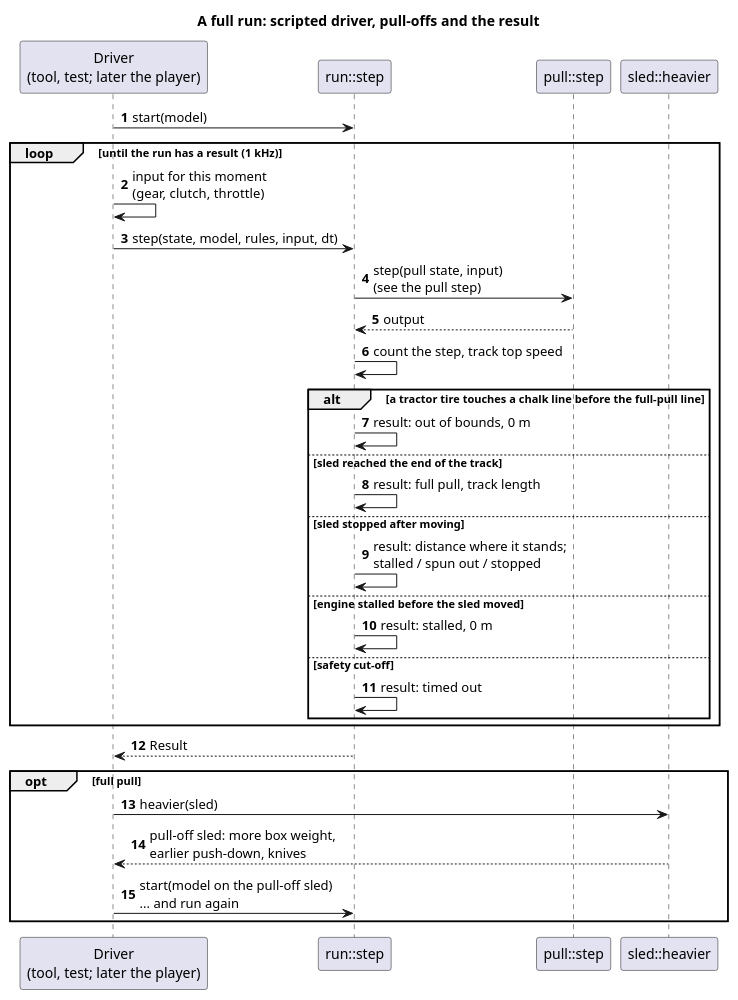
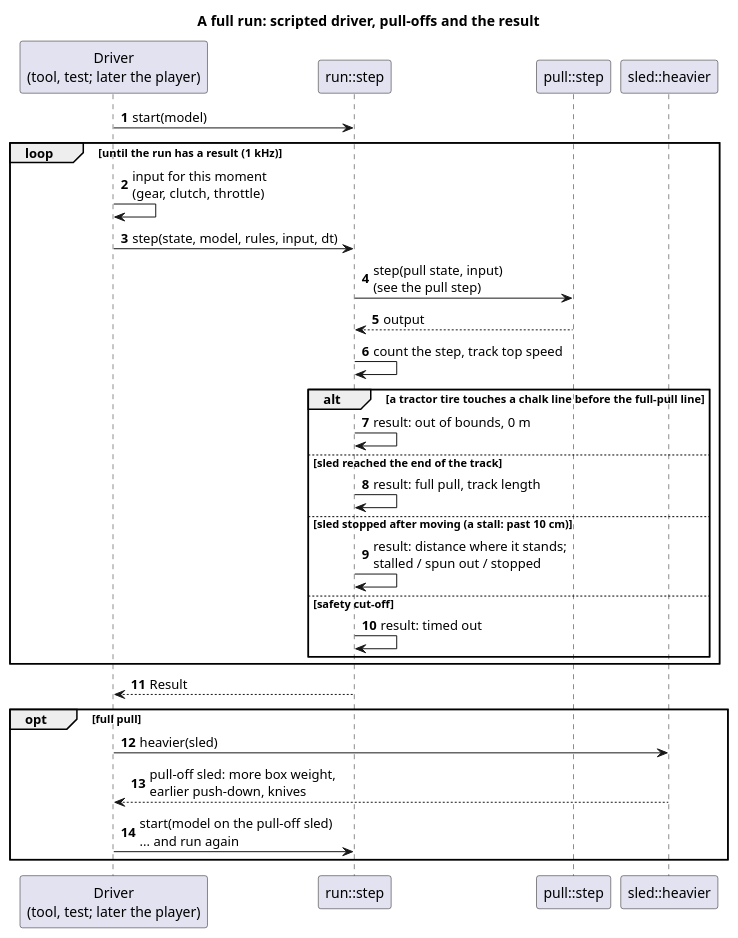
One commit to wversteeg/TractorPulling changed the diagram in docs/diagrams/full_run_sequence.puml. Above: the diagram before and after it, drawn with PlantUML. The commit also changed 10 other files, not shown here.

First line of the commit message:
A stall before the sled moves 10 cm is no stop: the engine starts again

```diff
--- a/docs/diagrams/full_run_sequence.puml
+++ b/docs/diagrams/full_run_sequence.puml
@@ -1,34 +1,32 @@
 @startuml full_run_sequence
 title A full run: scripted driver, pull-offs and the result
 autonumber
 participant "Driver\n(tool, test; later the player)" as Driver
 participant "run::step" as Run
 participant "pull::step" as Pull
 participant "sled::heavier" as Heavier
 
 Driver -> Run : start(model)
 loop until the run has a result (1 kHz)
   Driver -> Driver : input for this moment\n(gear, clutch, throttle)
   Driver -> Run : step(state, model, rules, input, dt)
   Run -> Pull : step(pull state, input)\n(see the pull step)
   Pull --> Run : output
   Run -> Run : count the step, track top speed
   alt a tractor tire touches a chalk line before the full-pull line
     Run -> Run : result: out of bounds, 0 m
   else sled reached the end of the track
     Run -> Run : result: full pull, track length
-  else sled stopped after moving
+  else sled stopped after moving (a stall: past 10 cm)
     Run -> Run : result: distance where it stands;\nstalled / spun out / stopped
-  else engine stalled before the sled moved
-    Run -> Run : result: stalled, 0 m
   else safety cut-off
     Run -> Run : result: timed out
   end
 end
 Run --> Driver : Result
 opt full pull
   Driver -> Heavier : heavier(sled)
   Heavier --> Driver : pull-off sled: more box weight,\nearlier push-down, knives
   Driver -> Run : start(model on the pull-off sled)\n... and run again
 end
 @enduml
```
